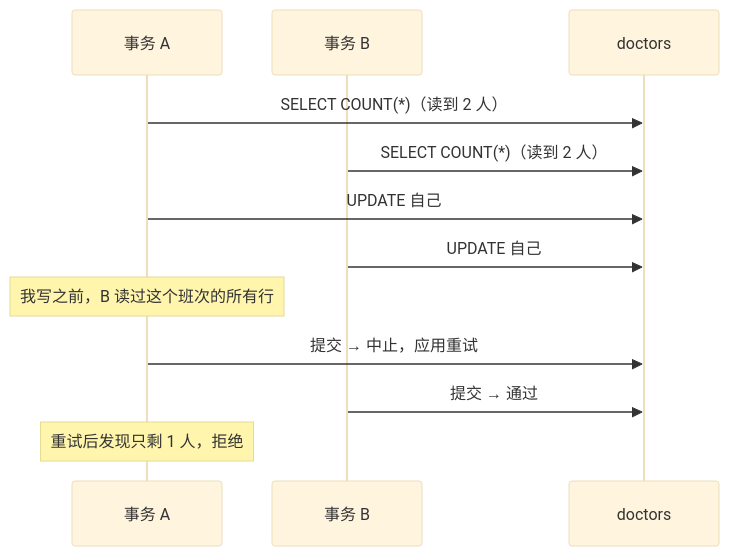
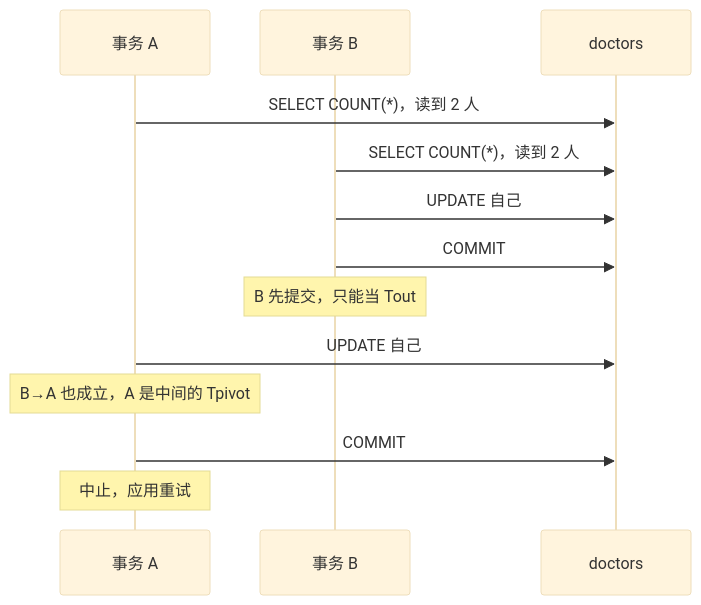
The fourth of 4 diagrams in 04-data_consistency/02-serializability_often_misunderstood.md (SumengQAQ/backend-architecture-notes), drawn with Mermaid (base theme) before and after one commit. The commit also changed other lines of this file, not shown here.

````diff
--- a/04-data_consistency/02-serializability_often_misunderstood.md
+++ b/04-data_consistency/02-serializability_often_misunderstood.md
@@ -94,15 +133,16 @@
 ```mermaid
 sequenceDiagram
     participant A as 事务 A
     participant B as 事务 B
     participant D as doctors
 
-    A->>D: SELECT COUNT(*)（读到 2 人）
-    B->>D: SELECT COUNT(*)（读到 2 人）
+    A->>D: SELECT COUNT(*)，读到 2 人
+    B->>D: SELECT COUNT(*)，读到 2 人
+    B->>D: UPDATE 自己
+    B->>D: COMMIT
+    Note over B: B 先提交，只能当 Tout
     A->>D: UPDATE 自己
-    B->>D: UPDATE 自己
-    Note over A: 我写之前，B 读过这个班次的所有行
-    A->>D: 提交 → 中止，应用重试
-    B->>D: 提交 → 通过
-    Note over A: 重试后发现只剩 1 人，拒绝
+    Note over A: B→A 也成立，A 是中间的 Tpivot
+    A->>D: COMMIT
+    Note over A: 中止，应用重试
 ```
````
